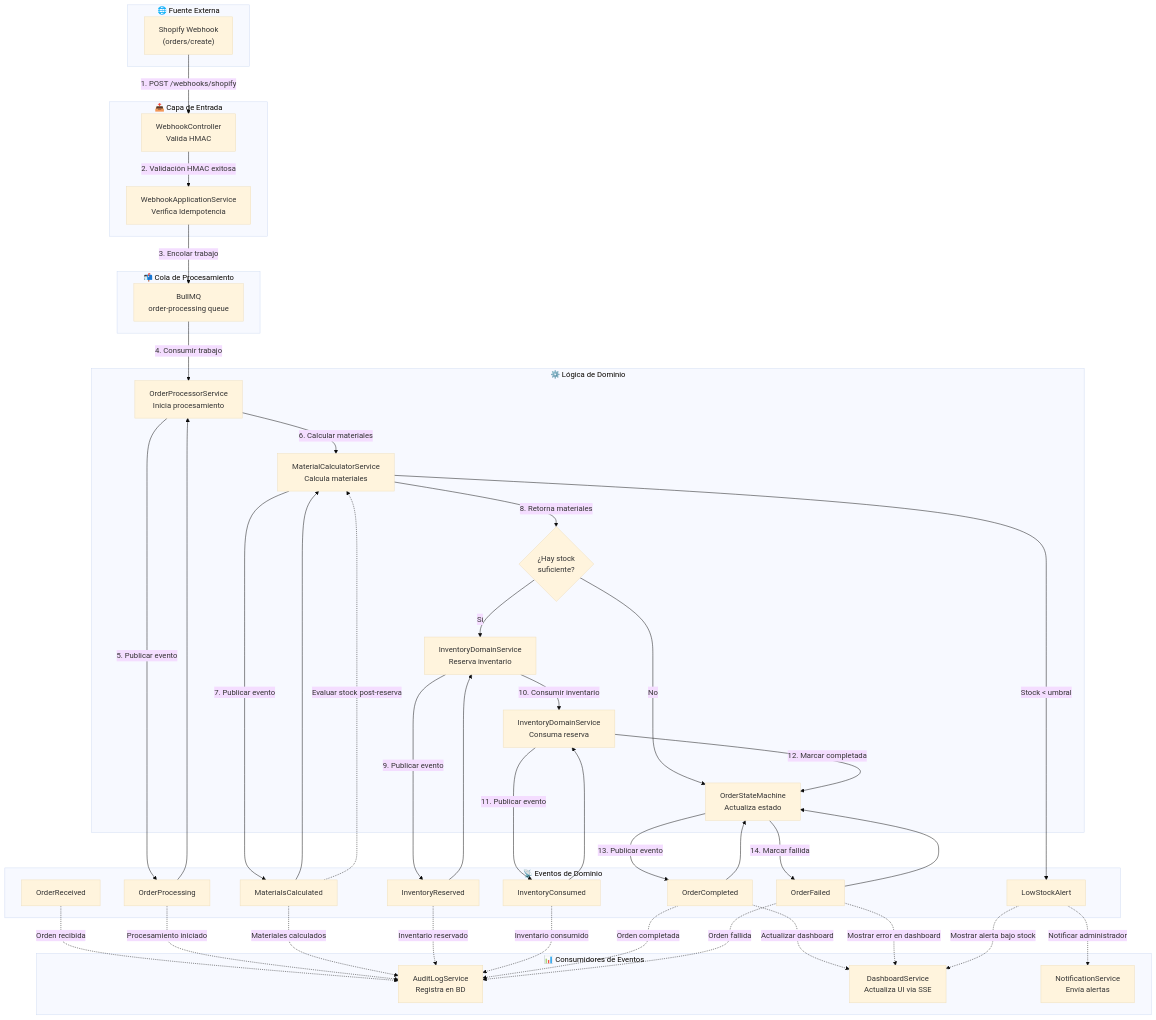
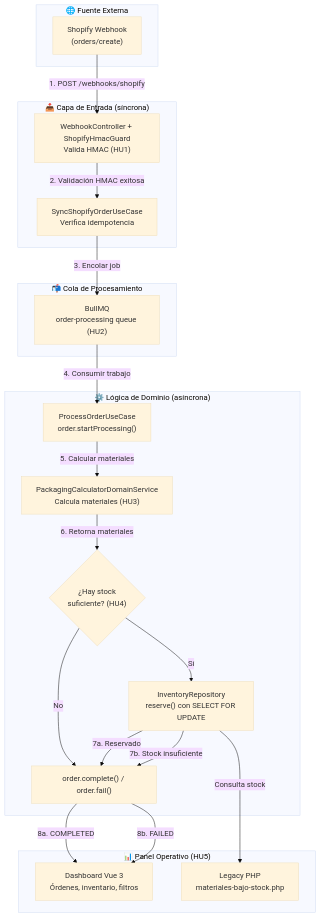
The seventh of 9 diagrams in docs/architecture.md (cloudfly2026-byte/sistema-ordenes-ddd), drawn with Mermaid (base theme) before and after one commit. The commit also changed other lines of this file and 77 other files, not shown here.

````diff
--- a/docs/architecture.md
+++ b/docs/architecture.md
@@ -422,82 +395,39 @@
         A["Shopify Webhook<br/>(orders/create)"]
     end
 
-    subgraph INGRESS["📥 Capa de Entrada"]
-        B["WebhookController<br/>Valida HMAC"]
-        C["WebhookApplicationService<br/>Verifica Idempotencia"]
+    subgraph INGRESS["📥 Capa de Entrada (síncrona)"]
+        B["WebhookController + ShopifyHmacGuard<br/>Valida HMAC (HU1)"]
+        C["SyncShopifyOrderUseCase<br/>Verifica idempotencia"]
     end
 
     subgraph QUEUE["📬 Cola de Procesamiento"]
-        D["BullMQ<br/>order-processing queue"]
+        D["BullMQ<br/>order-processing queue (HU2)"]
     end
 
-    subgraph DOMAIN["⚙️ Lógica de Dominio"]
-        E["OrderProcessorService<br/>Inicia procesamiento"]
-        F["MaterialCalculatorService<br/>Calcula materiales"]
-        G{"¿Hay stock<br/>suficiente?"}
-        H["InventoryDomainService<br/>Reserva inventario"]
-        I["InventoryDomainService<br/>Consuma reserva"]
-        J["OrderStateMachine<br/>Actualiza estado"]
+    subgraph DOMAIN["⚙️ Lógica de Dominio (asíncrona)"]
+        E["ProcessOrderUseCase<br/>order.startProcessing()"]
+        F["PackagingCalculatorDomainService<br/>Calcula materiales (HU3)"]
+        G{"¿Hay stock<br/>suficiente? (HU4)"}
+        H["InventoryRepository<br/>reserve() con SELECT FOR UPDATE"]
+        J["order.complete() / order.fail()"]
     end
 
-    subgraph EVENTS["📡 Eventos de Dominio"]
-        EV1["OrderReceived"]
-        EV2["OrderProcessing"]
-        EV3["MaterialsCalculated"]
-        EV4["InventoryReserved"]
-        EV5["InventoryConsumed"]
-        EV6["OrderCompleted"]
-        EV7["OrderFailed"]
-        EV8["LowStockAlert"]
-    end
-
-    subgraph SINKS["📊 Consumidores de Eventos"]
-        K["AuditLogService<br/>Registra en BD"]
-        K2["DashboardService<br/>Actualiza UI via SSE"]
-        K3["NotificationService<br/>Envía alertas"]
+    subgraph PRESENTATION["📊 Panel Operativo (HU5)"]
+        K["Dashboard Vue 3<br/>Órdenes, inventario, filtros"]
+        L["Legacy PHP<br/>materiales-bajo-stock.php"]
     end
 
     A -->|"1. POST /webhooks/shopify"| B
     B -->|"2. Validación HMAC exitosa"| C
-    C -->|"3. Encolar trabajo"| D
+    C -->|"3. Encolar job"| D
     D -->|"4. Consumir trabajo"| E
-
-    E -->|"5. Publicar evento"| EV2
-    EV2 --> E
-    E -->|"6. Calcular materiales"| F
-    F -->|"7. Publicar evento"| EV3
-    EV3 --> F
-    F -->|"8. Retorna materiales"| G
-
+    E -->|"5. Calcular materiales"| F
+    F -->|"6. Retorna materiales"| G
     G -->|"Sí"| H
     G -->|"No"| J
-
-    H -->|"9. Publicar evento"| EV4
-    EV4 --> H
-    H -->|"10. Consumir inventario"| I
-    I -->|"11. Publicar evento"| EV5
-    EV5 --> I
-    I -->|"12. Marcar completada"| J
-    J -->|"13. Publicar evento"| EV6
-    EV6 --> J
-
-    J -->|"14. Marcar fallida"| EV7
-    EV7 --> J
-
-    EV1 -.->|"Orden recibida"| K
-    EV2 -.->|"Procesamiento iniciado"| K
-    EV3 -.->|"Materiales calculados"| K
-    EV4 -.->|"Inventario reservado"| K
-    EV5 -.->|"Inventario consumido"| K
-    EV6 -.->|"Orden completada"| K
-    EV7 -.->|"Orden fallida"| K
-
-    EV6 -.->|"Actualizar dashboard"| K2
-    EV7 -.->|"Mostrar error en dashboard"| K2
-    EV8 -.->|"Mostrar alerta bajo stock"| K2
-
-    EV8 -.->|"Notificar administrador"| K3
-
-    EV3 -.->|"Evaluar stock post-reserva"| F
-    F -->|"Stock < umbral"| EV8
+    H -->|"7a. Reservado"| J
+    H -->|"7b. Stock insuficiente"| J
+    J -->|"8a. COMPLETED"| K
+    J -->|"8b. FAILED"| K
+    H -->|"Consulta stock"| L
 ```
````
